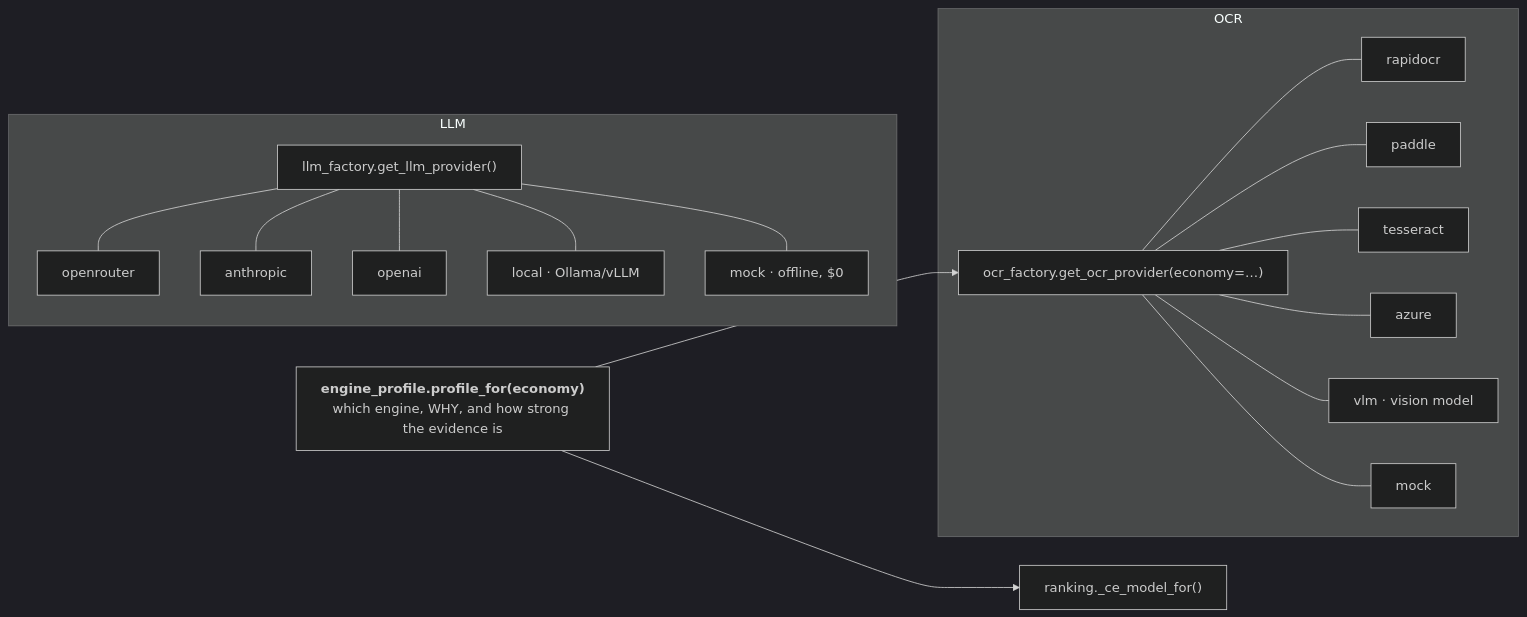
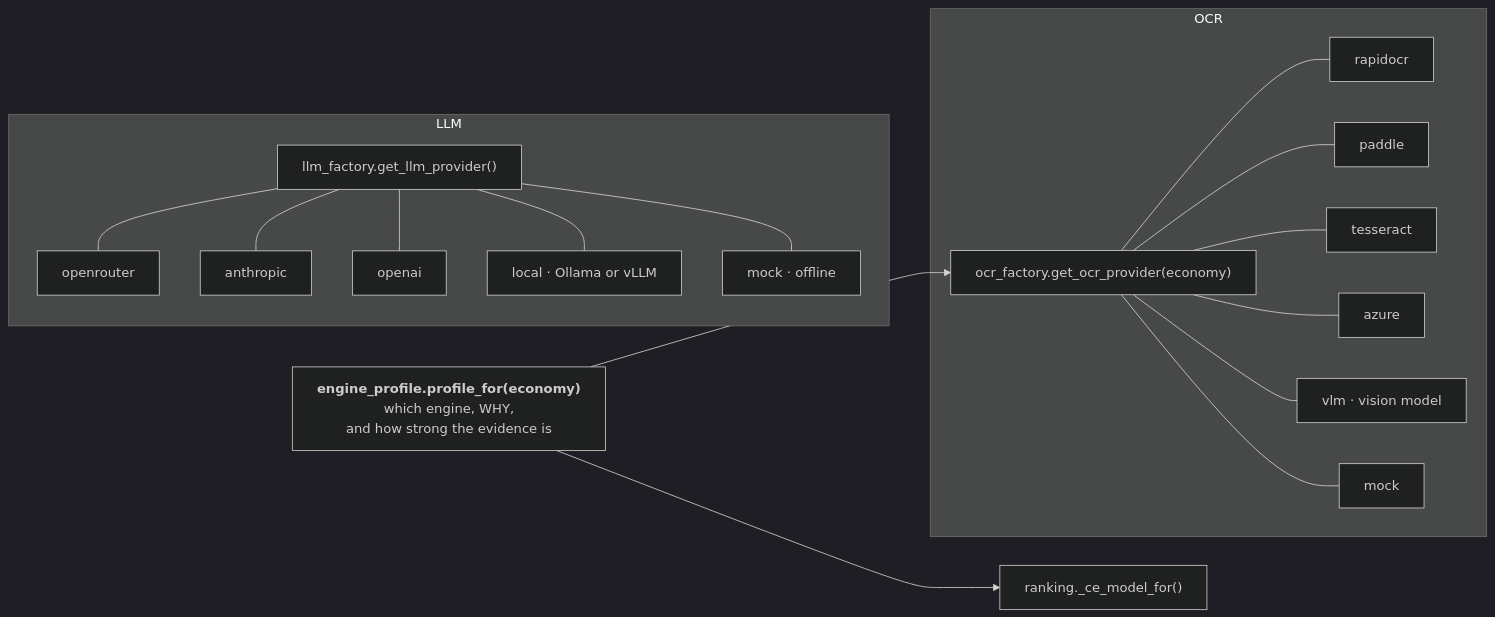
Before and after one commit to ftulabs/law-v2.0: the fourth of 5 diagrams in docs/ARCHITECTURE.md, drawn with Mermaid (dark theme). The commit also changed other lines of this file and 1 other file, not shown here.

First line of the commit message:
fix(docs): restore ARCHITECTURE.md, which the previous commit destroyed

````diff
--- a/docs/ARCHITECTURE.md
+++ b/docs/ARCHITECTURE.md
@@ -144,14 +144,23 @@
 ```mermaid
 flowchart LR
     subgraph LLMS["LLM"]
         LF["llm_factory.get_llm_provider()"]
-        LF --- L1["openrouter"] & L2["anthropic"] & L3["openai"] & L4["local · Ollama/vLLM"] & L5["mock · offline, $0"]
+        LF --- L1["openrouter"]
+        LF --- L2["anthropic"]
+        LF --- L3["openai"]
+        LF --- L4["local · Ollama or vLLM"]
+        LF --- L5["mock · offline"]
     end
     subgraph OCRS["OCR"]
-        OF["ocr_factory.get_ocr_provider(economy=…)"]
-        OF --- O1["rapidocr"] & O2["paddle"] & O3["tesseract"] & O4["azure"] & O5["vlm · vision model"] & O6["mock"]
+        OF["ocr_factory.get_ocr_provider(economy)"]
+        OF --- O1["rapidocr"]
+        OF --- O2["paddle"]
+        OF --- O3["tesseract"]
+        OF --- O4["azure"]
+        OF --- O5["vlm · vision model"]
+        OF --- O6["mock"]
     end
-    EP["<b>engine_profile.profile_for(economy)</b><br/>which engine, WHY, and how strong the evidence is"]
+    EP["<b>engine_profile.profile_for(economy)</b><br/>which engine, WHY,<br/>and how strong the evidence is"]
     EP --> OF
     EP --> RR["ranking._ce_model_for()"]
 ```
````
